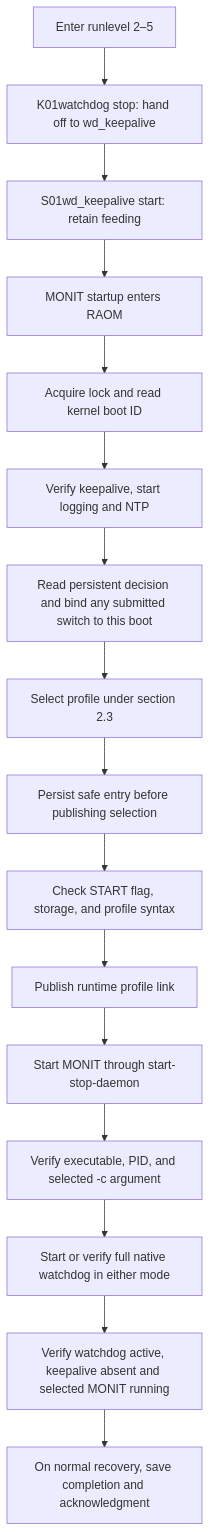
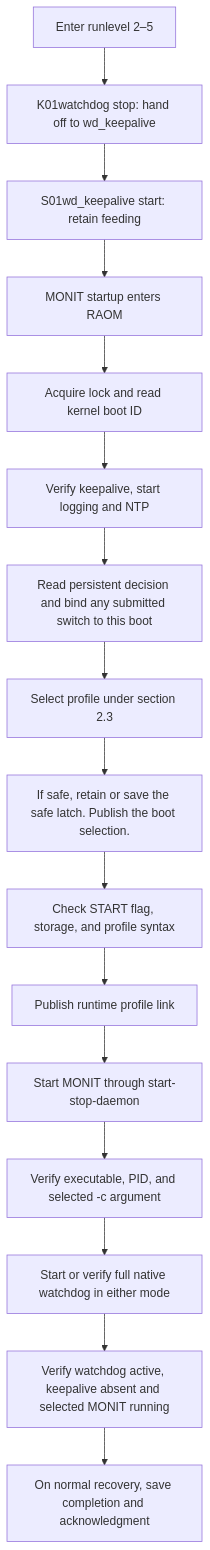
One commit to fudyas/scr-3 changed the second of 3 diagrams in src/tools/raom/README.md. Above: the diagram before and after it, drawn with Mermaid. The commit also changed other lines of this file and 26 other files, not shown here.

````diff
--- a/src/tools/raom/README.md
+++ b/src/tools/raom/README.md
@@ -48,18 +50,18 @@
 ```mermaid
 flowchart TD
     Boot["Enter runlevel 2–5"] --> Stop["K01watchdog stop: hand off to wd_keepalive"]
     Stop --> Keepalive["S01wd_keepalive start: retain feeding"]
     Keepalive --> Entry["MONIT startup enters RAOM"]
     Entry --> Lock["Acquire lock and read kernel boot ID"]
     Lock --> Bootstrap["Verify keepalive, start logging and NTP"]
     Bootstrap --> Bind["Read persistent decision and bind any submitted switch to this boot"]
     Bind --> Decide["Select profile under section 2.3"]
-    Decide --> Save["Persist safe entry before publishing selection"]
+    Decide --> Save["If safe, retain or save the safe latch. Publish the boot selection."]
     Save --> Validate["Check START flag, storage, and profile syntax"]
     Validate --> Pointer["Publish runtime profile link"]
     Pointer --> Start["Start MONIT through start-stop-daemon"]
     Start --> Verify["Verify executable, PID, and selected -c argument"]
     Verify --> Watchdog["Start or verify full native watchdog in either mode"]
     Watchdog --> Exclusive["Verify watchdog active, keepalive absent and selected MONIT running"]
     Exclusive --> Complete["On normal recovery, save completion and acknowledgment"]
 ```
````
